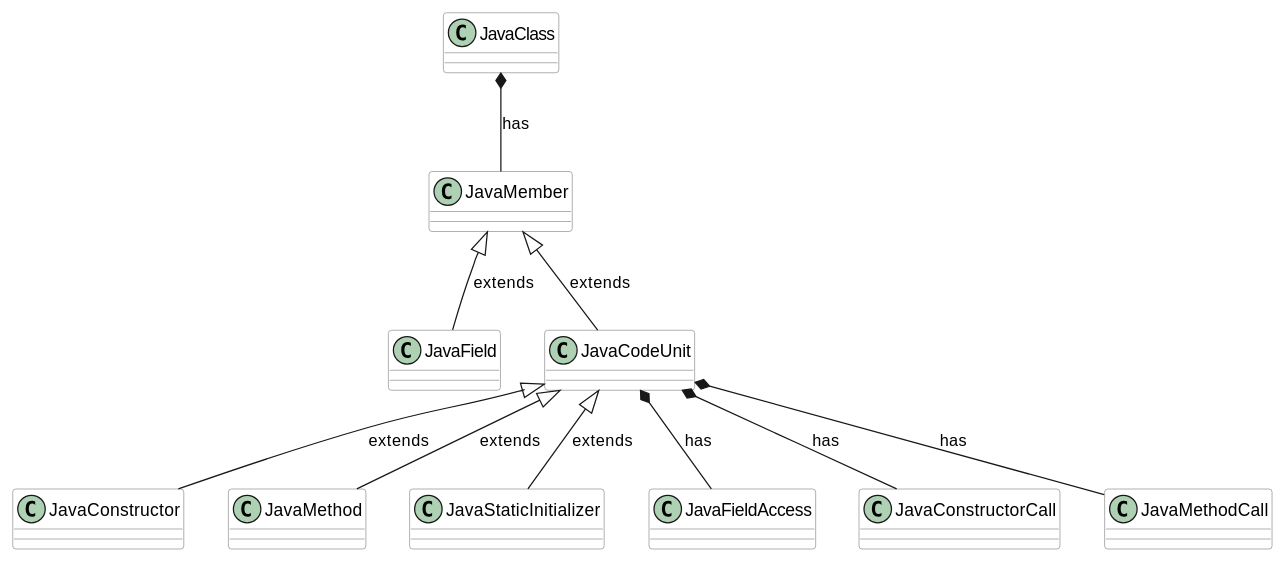
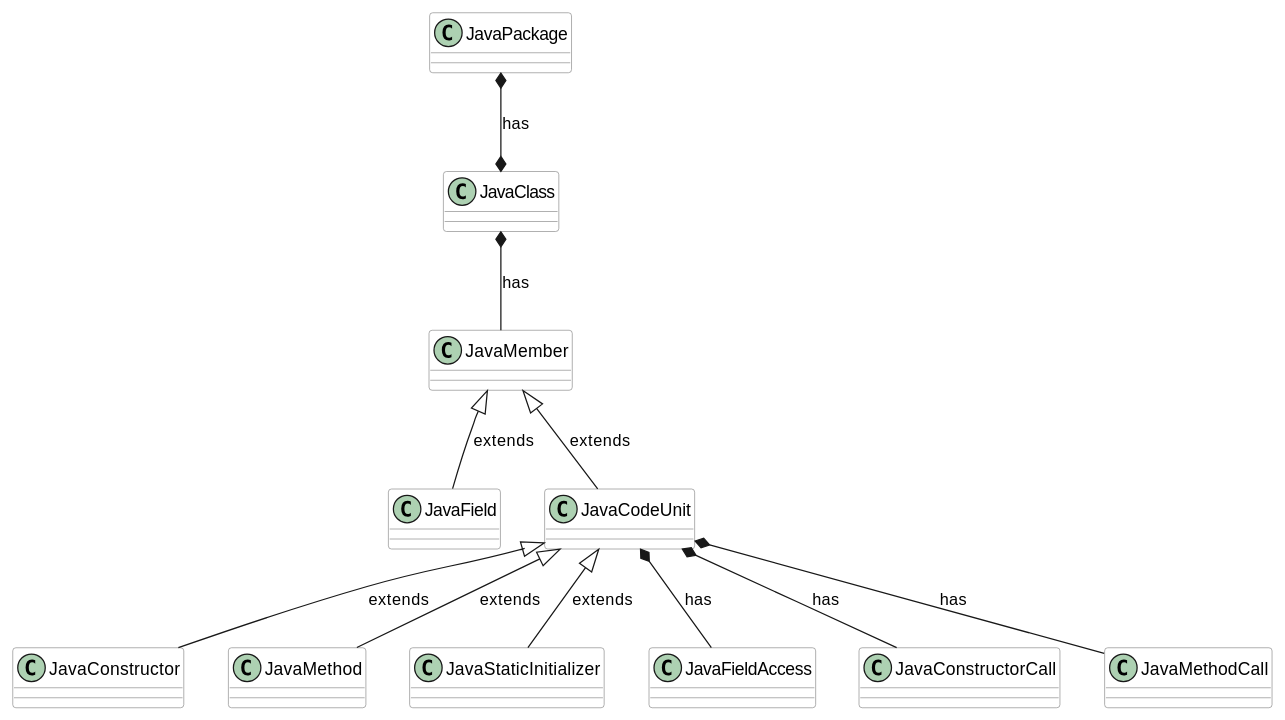
One commit to TNG/ArchUnit changed the first of 4 diagrams in docs/userguide/006_The_Core_API.adoc. Above: the diagram before and after it, drawn with PlantUML. The commit also changed 16 other files, not shown here.

```diff
--- a/docs/userguide/006_The_Core_API.adoc
+++ b/docs/userguide/006_The_Core_API.adoc
@@ -90,37 +90,39 @@
 [plantuml, "domain-overview"]
 ----
 skinparam componentStyle uml2
 
 skinparam component {
   BorderColor #grey
   BackgroundColor #white
 }
 
 skinparam class {
   BorderColor #grey
   BackgroundColor #white
 }
 
+class JavaPackage
 class JavaClass
 class JavaMember
 class JavaField
 class JavaCodeUnit
 class JavaConstructor
 class JavaMethod
 class JavaStaticInitializer
 
 class JavaFieldAccess
 class JavaConstructorCall
 class JavaMethodCall
 
+JavaPackage *--* JavaClass : has
 JavaClass *-- JavaMember : has
 JavaMember <|-- JavaField : extends
 JavaMember <|-- JavaCodeUnit : extends
 JavaCodeUnit <|-- JavaConstructor : extends
 JavaCodeUnit <|-- JavaMethod : extends
 JavaCodeUnit <|-- JavaStaticInitializer : extends
 
 JavaCodeUnit *-- JavaFieldAccess : has
 JavaCodeUnit *-- JavaMethodCall : has
 JavaCodeUnit *-- JavaConstructorCall : has
 ----
```
